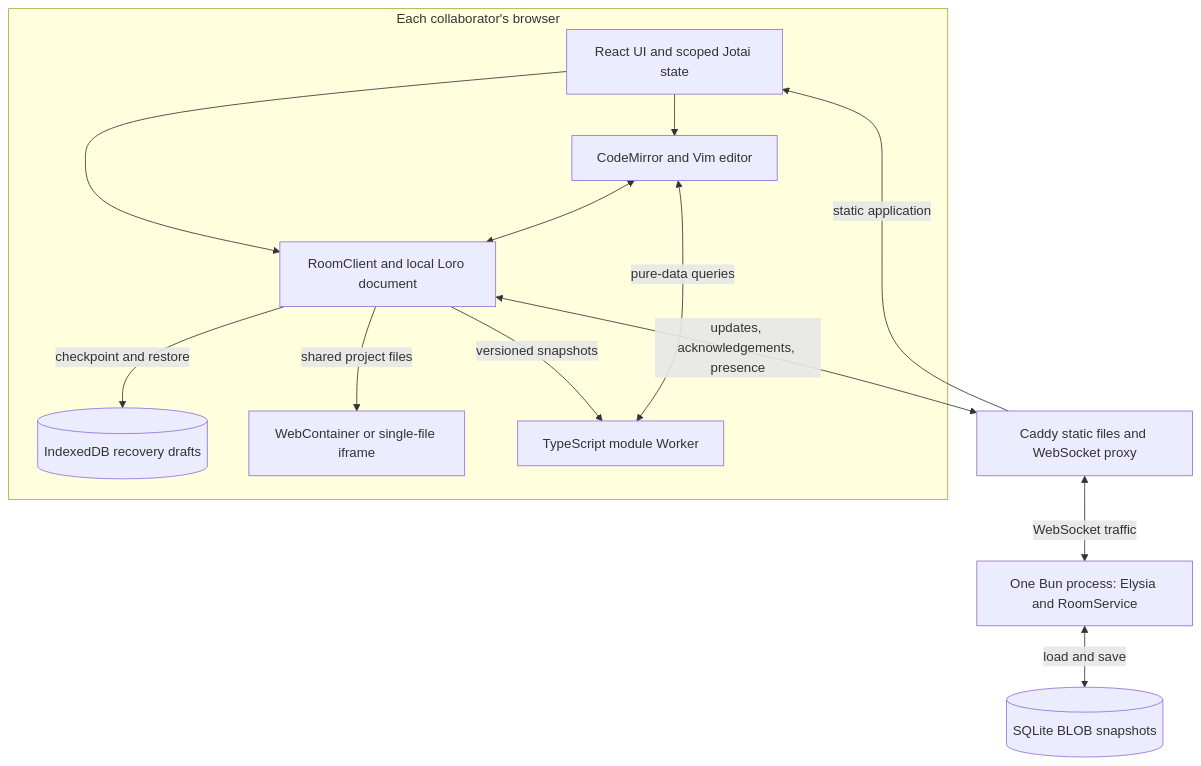
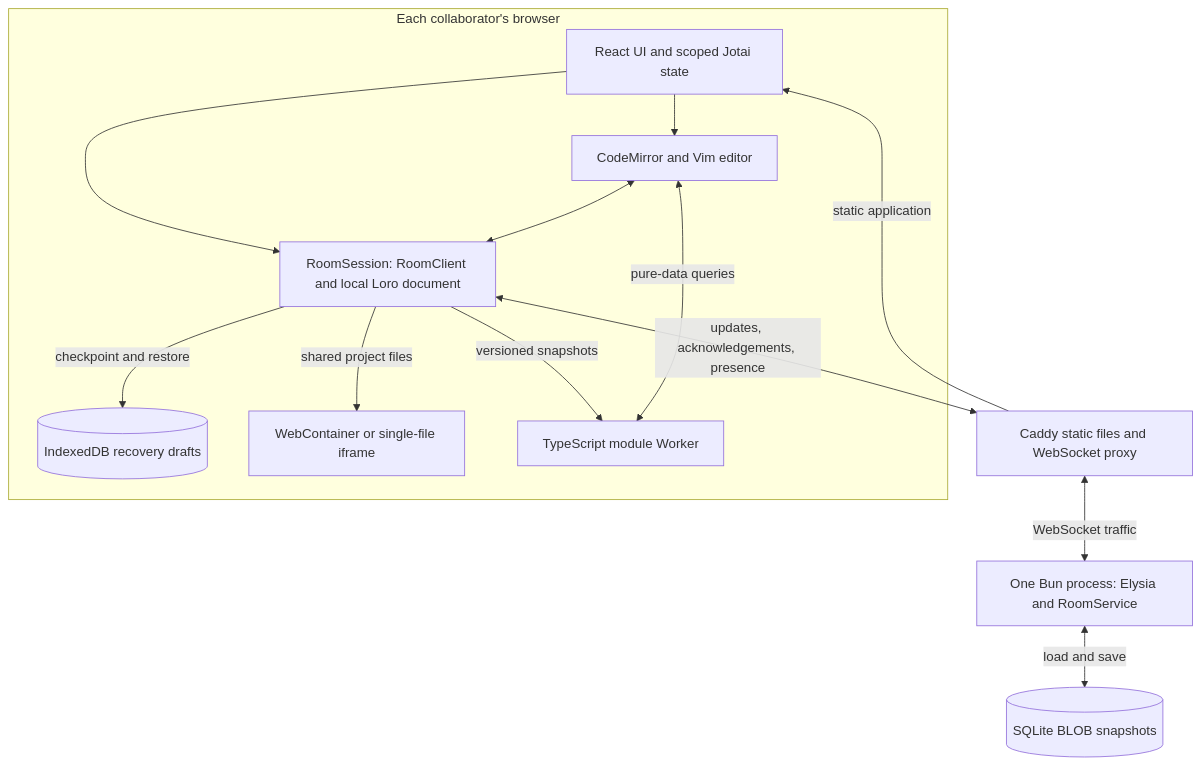
Before and after one commit to BBboy01/Tsugite: the first of 7 diagrams in docs/architecture.md, drawn with Mermaid. The commit also changed other lines of this file and 37 other files, not shown here.

First line of the commit message:
refactor: isolate file tree, preview and room session boundaries (#124)

````diff
--- a/docs/architecture.md
+++ b/docs/architecture.md
@@ -9,25 +9,25 @@
 ```mermaid
 flowchart TB
   subgraph Browser["Each collaborator's browser"]
     Web["React UI and scoped Jotai state"]
     Editor["CodeMirror and Vim editor"]
-    Session["RoomClient and local Loro document"]
+    Session["RoomSession: RoomClient and local Loro document"]
     Drafts[("IndexedDB recovery drafts")]
     Preview["WebContainer or single-file iframe"]
     TypeScript["TypeScript module Worker"]
     Web --> Editor
     Web --> Session
     Editor <--> Session
     Session -->|checkpoint and restore| Drafts
     Session -->|shared project files| Preview
     Session -->|versioned snapshots| TypeScript
     Editor <-->|pure-data queries| TypeScript
   end
   Proxy["Caddy static files and WebSocket proxy"]
   Server["One Bun process: Elysia and RoomService"]
   Database[("SQLite BLOB snapshots")]
   Proxy -->|static application| Web
   Session <-->|updates, acknowledgements, presence| Proxy
   Proxy <-->|WebSocket traffic| Server
   Server <-->|load and save| Database
 ```
````
